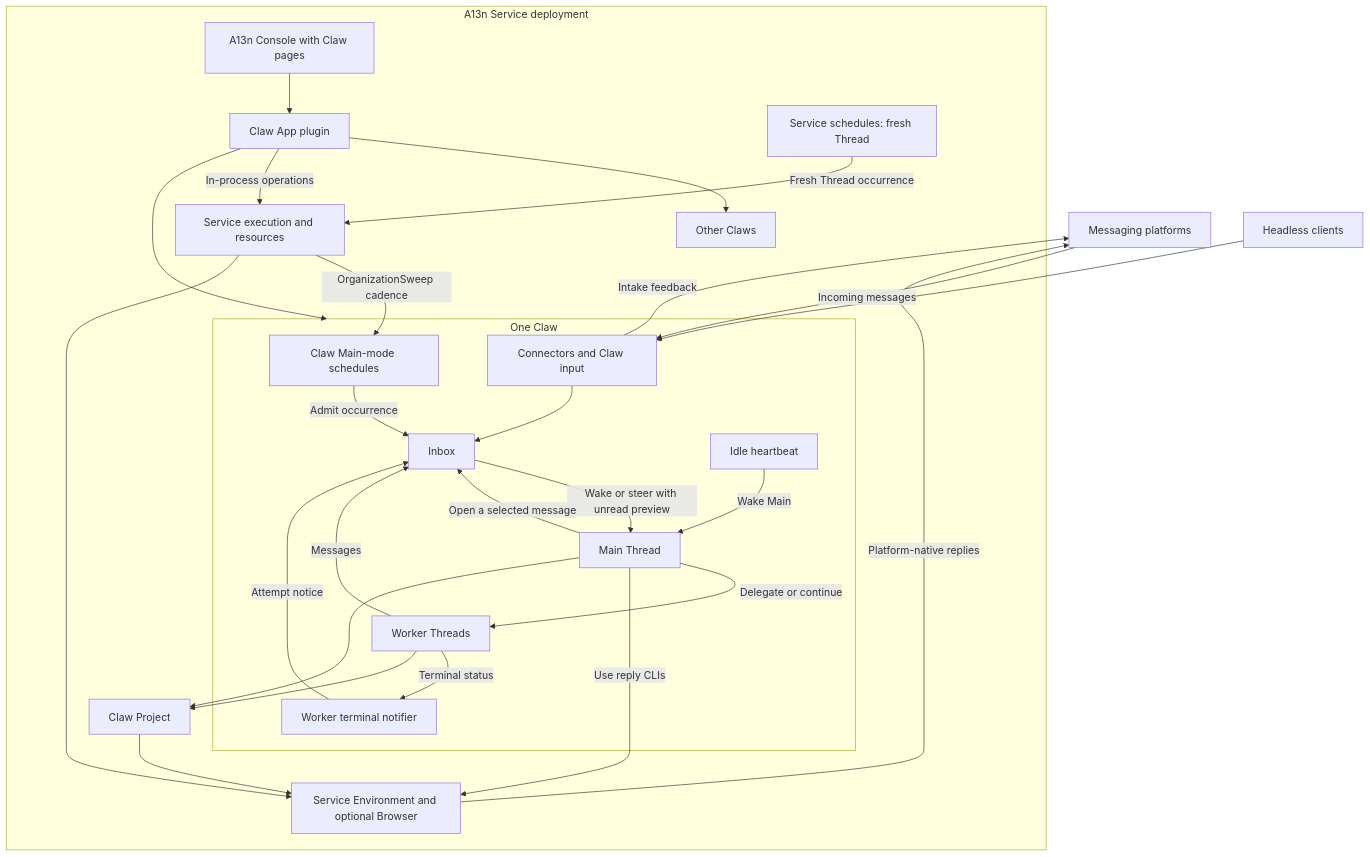
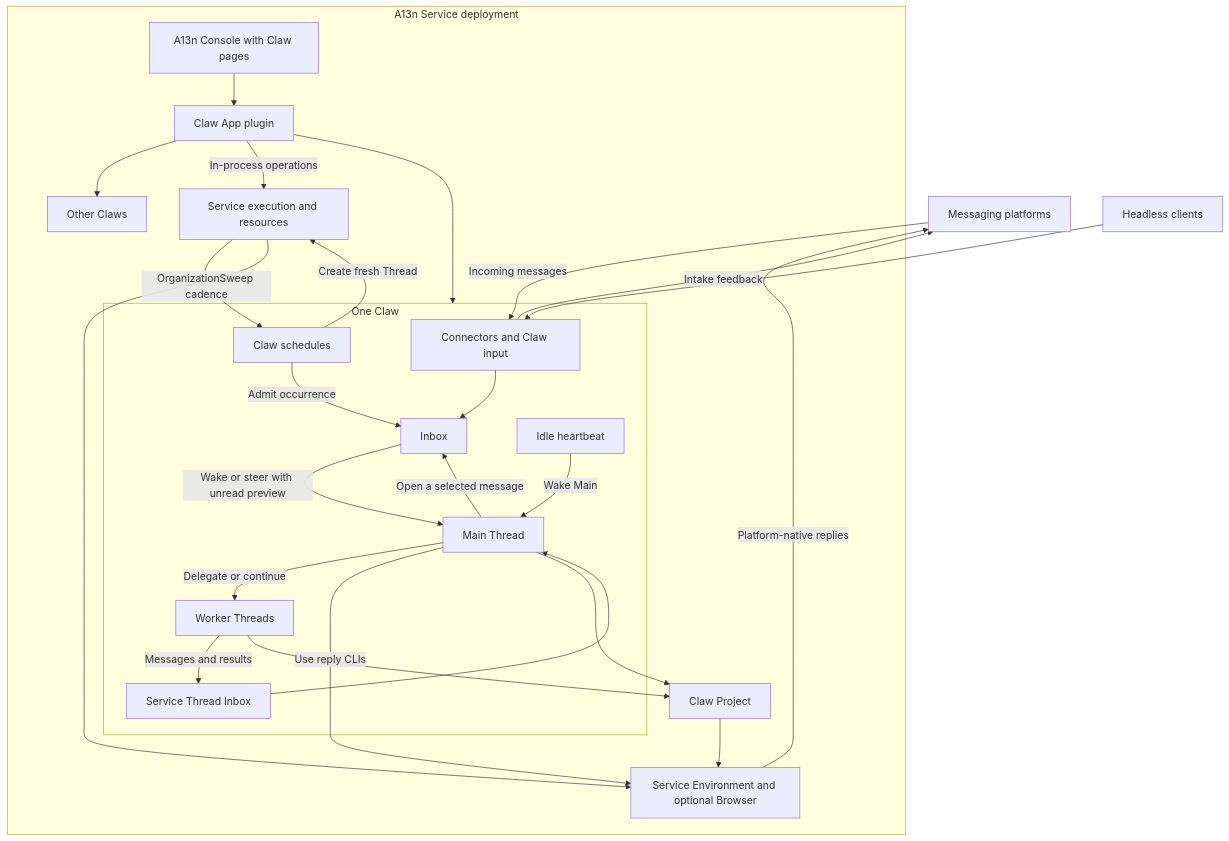
Before and after one commit to Wh1isper/a13n-claw: the first of 2 diagrams in spec/00-overview.md, drawn with Mermaid. The commit also changed other lines of this file and 77 other files, not shown here.

First line of the commit message:
feat(claw)!: delegate to native workers and secure connector replies (#64)

````diff
--- a/spec/00-overview.md
+++ b/spec/00-overview.md
@@ -11,47 +11,45 @@
 ```mermaid
 flowchart TB
     Platforms[Messaging platforms]
     Clients[Headless clients]
     subgraph Deployment[A13n Service deployment]
         Console[A13n Console with Claw pages]
         App[Claw App plugin]
         subgraph A[One Claw]
             Connector[Connectors and Claw input]
             Inbox[Inbox]
             Main[Main Thread]
             Workers[Worker Threads]
-            Notices[Worker terminal notifier]
+            ThreadInbox[Service Thread Inbox]
             Heartbeat[Idle heartbeat]
-            ClawSchedule[Claw Main-mode schedules]
+            ClawSchedule[Claw schedules]
             Connector --> Inbox
             Inbox -->|Wake or steer with unread preview| Main
             Main -->|Open a selected message| Inbox
             Main -->|Delegate or continue| Workers
-            Workers -->|Messages| Inbox
-            Workers -->|Terminal status| Notices
-            Notices -->|Attempt notice| Inbox
+            Workers -->|Messages and results| ThreadInbox
+            ThreadInbox --> Main
             Heartbeat -->|Wake Main| Main
             ClawSchedule -->|Admit occurrence| Inbox
         end
         B[Other Claws]
         Service[Service execution and resources]
-        Scheduler[Service schedules: fresh Thread]
         Project[Claw Project]
         Work[Service Environment and optional Browser]
         Console --> App
         App --> A
         App --> B
         App -->|In-process operations| Service
         Service -->|OrganizationSweep cadence| ClawSchedule
-        Scheduler -->|Fresh Thread occurrence| Service
+        ClawSchedule -->|Create fresh Thread| Service
         Main -->|Use reply CLIs| Work
         Main --> Project
         Workers --> Project
         Project --> Work
         Service --> Work
     end
     Platforms -->|Incoming messages| Connector
     Connector -->|Intake feedback| Platforms
     Work -->|Platform-native replies| Platforms
     Clients --> Connector
 ```
````
